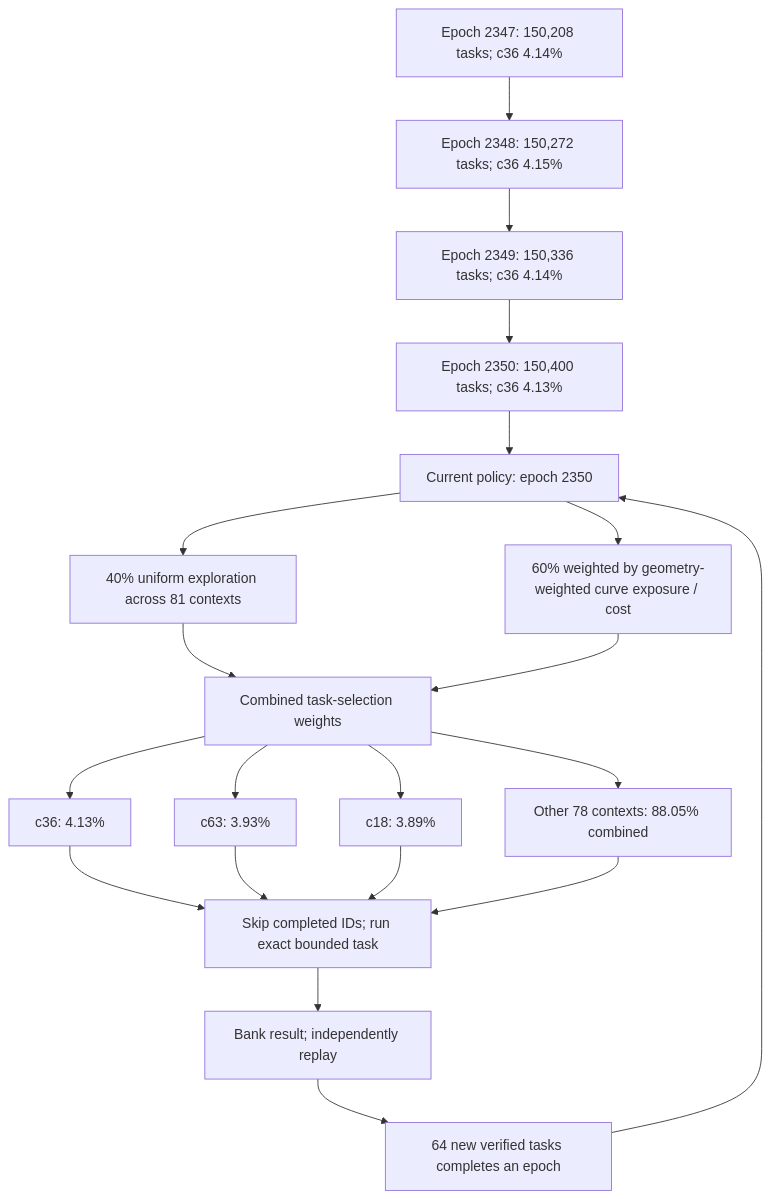
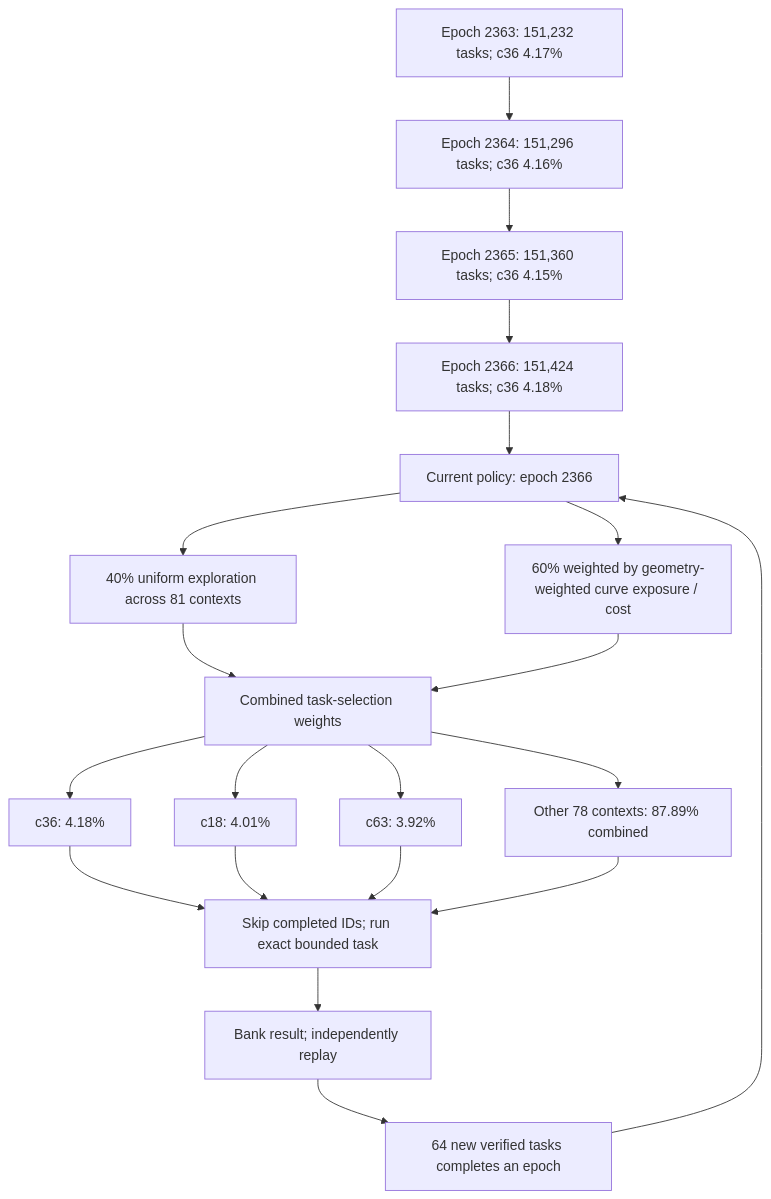
The first of 3 diagrams in README.md (Kuberwastaken/math-gambling), drawn with Mermaid before and after one commit. The commit also changed other lines of this file and 2142 other files, not shown here.

````diff
--- a/README.md
+++ b/README.md
@@ -56,27 +56,27 @@
 ```mermaid
 flowchart TD
-    H0["Epoch 2347: 150,208 tasks; c36 4.14%"]
-    H1["Epoch 2348: 150,272 tasks; c36 4.15%"]
+    H0["Epoch 2363: 151,232 tasks; c36 4.17%"]
+    H1["Epoch 2364: 151,296 tasks; c36 4.16%"]
     H0 --> H1
-    H2["Epoch 2349: 150,336 tasks; c36 4.14%"]
+    H2["Epoch 2365: 151,360 tasks; c36 4.15%"]
     H1 --> H2
-    H3["Epoch 2350: 150,400 tasks; c36 4.13%"]
+    H3["Epoch 2366: 151,424 tasks; c36 4.18%"]
     H2 --> H3
-    Policy["Current policy: epoch 2350"]
+    Policy["Current policy: epoch 2366"]
     H3 --> Policy
     Policy --> Explore["40% uniform exploration across 81 contexts"]
     Policy --> Cost["60% weighted by geometry-weighted curve exposure / cost"]
     Explore --> Mix["Combined task-selection weights"]
     Cost --> Mix
-    Mix --> C0["c36: 4.13%"]
-    Mix --> C1["c63: 3.93%"]
-    Mix --> C2["c18: 3.89%"]
-    Mix --> Rest["Other 78 contexts: 88.05% combined"]
+    Mix --> C0["c36: 4.18%"]
+    Mix --> C1["c18: 4.01%"]
+    Mix --> C2["c63: 3.92%"]
+    Mix --> Rest["Other 78 contexts: 87.89% combined"]
     C0 --> Check["Skip completed IDs; run exact bounded task"]
     C1 --> Check
     C2 --> Check
     Rest --> Check
     Check --> Replay["Bank result; independently replay"]
     Replay --> Gate["64 new verified tasks completes an epoch"]
     Gate --> Policy
 ```
````
